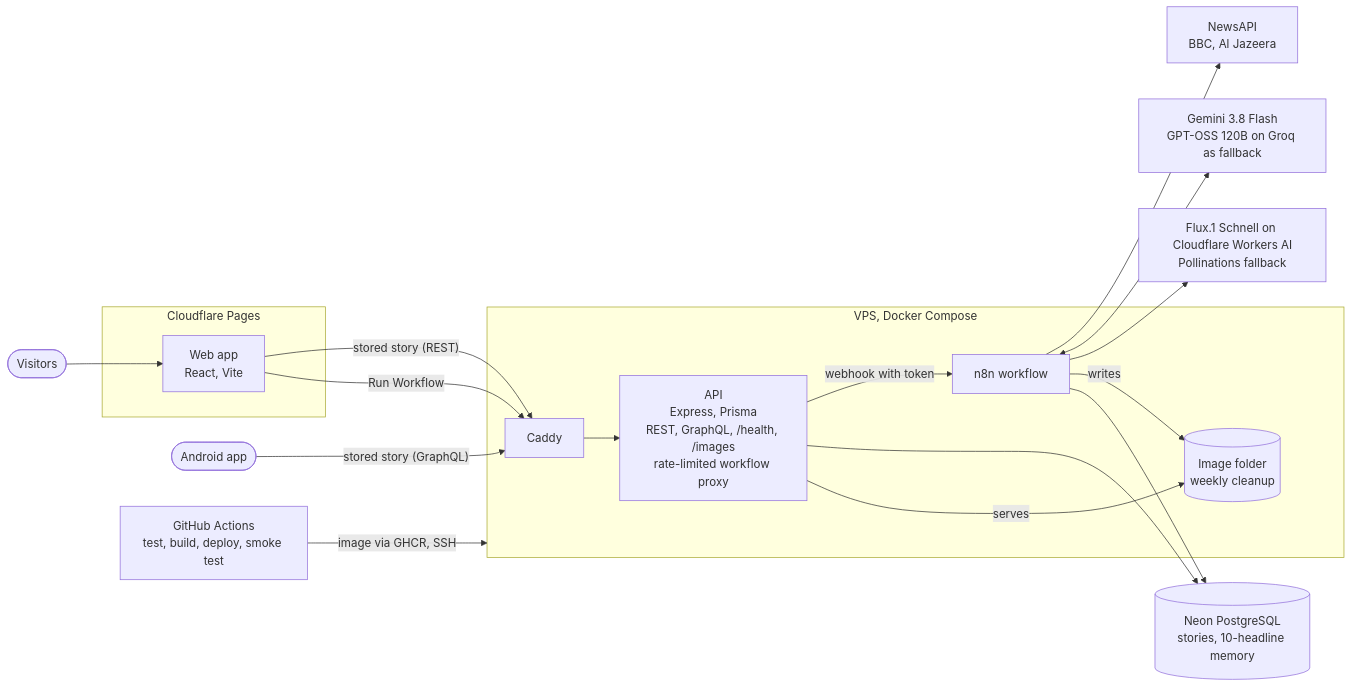
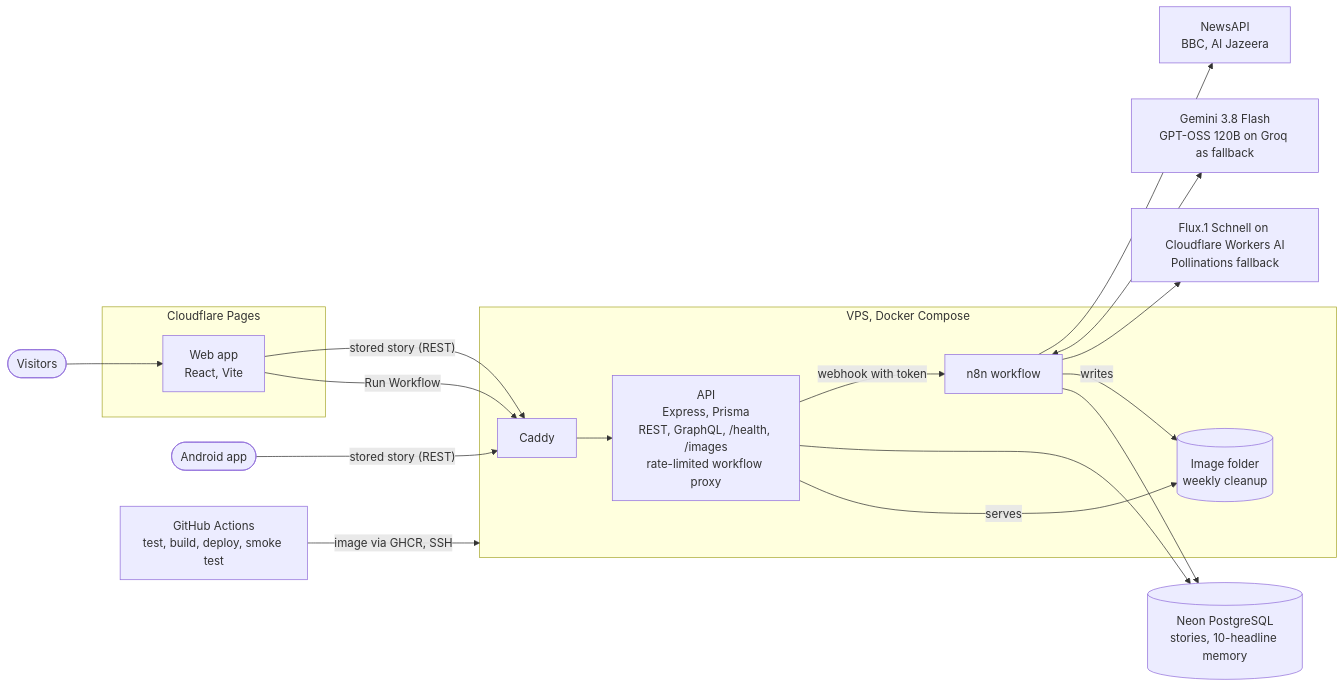
The diagram in README.md (jonorl/agentic-ai-news-to-image), drawn with Mermaid before and after one commit. The commit also changed other lines of this file and 13 other files, not shown here.

````diff
--- a/README.md
+++ b/README.md
@@ -19,37 +19,37 @@
 ```mermaid
 flowchart LR
     visitors(["Visitors"])
     android(["Android app"])
 
     subgraph pages["Cloudflare Pages"]
         web["Web app<br/>React, Vite"]
     end
 
     subgraph vps["VPS, Docker Compose"]
         caddy["Caddy"]
         api["API<br/>Express, Prisma<br/>REST, GraphQL, /health, /images<br/>rate-limited workflow proxy"]
         n8n["n8n workflow"]
         images[("Image folder<br/>weekly cleanup")]
     end
 
     neon[("Neon PostgreSQL<br/>stories, 10-headline memory")]
     news["NewsAPI<br/>BBC, Al Jazeera"]
     llm["Gemini 3.8 Flash<br/>GPT-OSS 120B on Groq as fallback"]
     img["Flux.1 Schnell on Cloudflare Workers AI<br/>Pollinations fallback"]
     gha["GitHub Actions<br/>test, build, deploy, smoke test"]
 
     visitors --> web
     web -- "stored story (REST)" --> caddy
-    android -- "stored story (GraphQL)" --> caddy
+    android -- "stored story (REST)" --> caddy
     web -- "Run Workflow" --> caddy
     caddy --> api
     api -- "webhook with token" --> n8n
     api --> neon
     n8n --> news
     n8n <--> llm
     n8n --> img
     n8n -- "writes" --> images
     api -- "serves" --> images
     n8n --> neon
     gha -- "image via GHCR, SSH" --> vps
 ```
````
